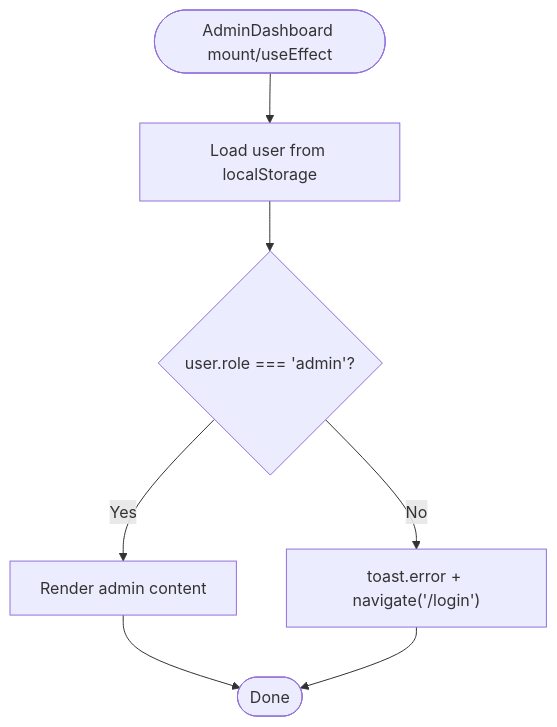
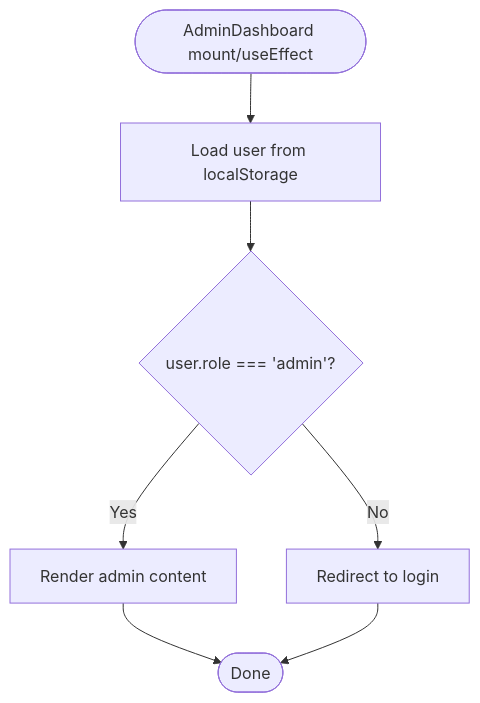
Before and after one commit to Pavan-PSPK9032/TrendsandToss: the ninth of 11 diagrams in .qoder/repowiki/en/content/Authentication & Authorization/Frontend Authentication State Management.md, drawn with Mermaid. The commit also changed other lines of this file and 5 other files, not shown here.

````diff
--- a/.qoder/repowiki/en/content/Authentication & Authorization/Frontend Authentication State Management.md
+++ b/.qoder/repowiki/en/content/Authentication & Authorization/Frontend Authentication State Management.md
@@ -280,9 +385,9 @@
 ```mermaid
 flowchart TD
 Start(["AdminDashboard mount/useEffect"]) --> LoadUser["Load user from localStorage"]
 LoadUser --> IsAdmin{"user.role === 'admin'?"}
 IsAdmin --> |Yes| Proceed["Render admin content"]
-IsAdmin --> |No| Deny["toast.error + navigate('/login')"]
+IsAdmin --> |No| Deny["Redirect to login"]
 Proceed --> End(["Done"])
 Deny --> End
 ```
````
